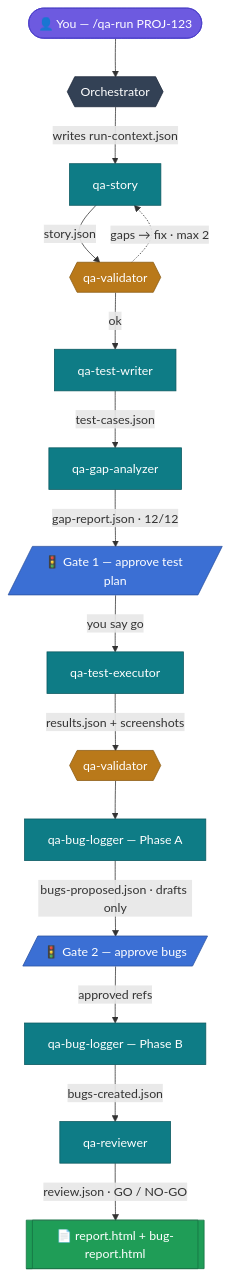
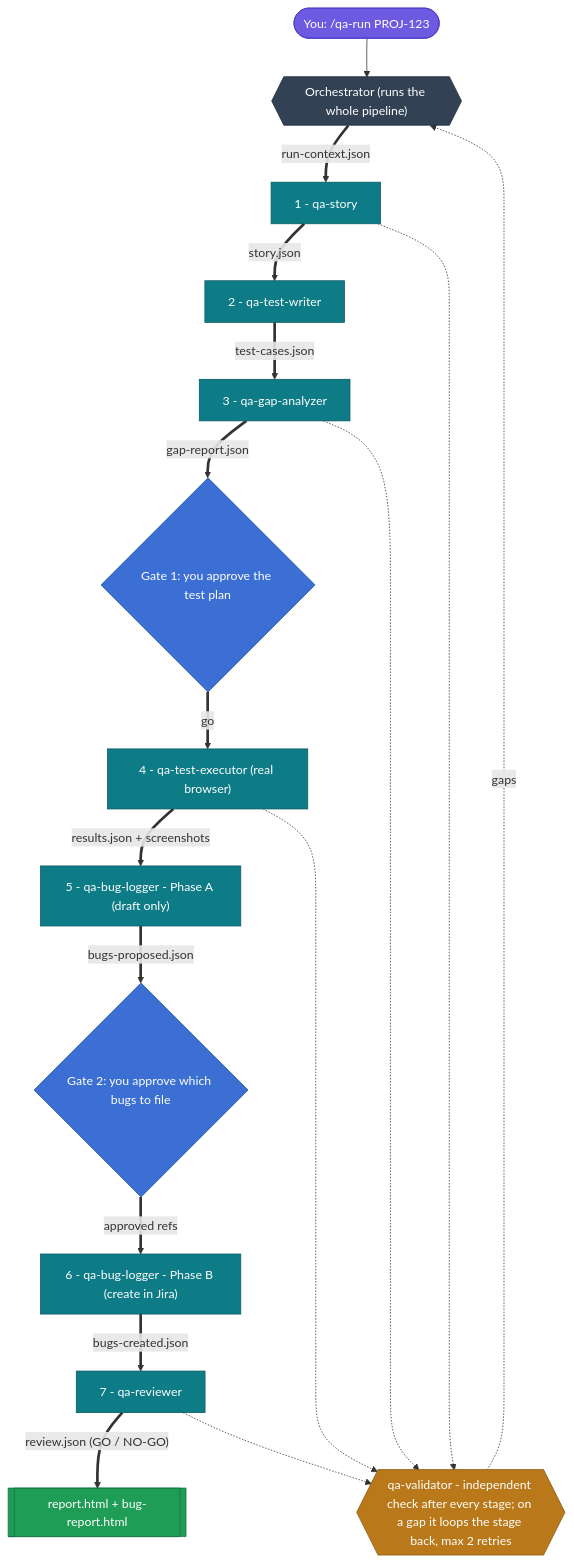
The diagram in README.md (UsamaArshadJadoon/ManualTestingAgent), drawn with Mermaid before and after one commit. The commit also changed other lines of this file, not shown here.

Commit message:
docs: clearer Mermaid workflow diagram + link to interactive animated diagram

````diff
--- a/README.md
+++ b/README.md
@@ -25,24 +27,29 @@
 ```mermaid
 flowchart TD
-    U([👤 You — /qa-run PROJ-123]):::you --> ORCH{{Orchestrator}}:::orch
-    ORCH -->|writes run-context.json| S1[qa-story]:::agent
-    S1 -->|story.json| V1{{qa-validator}}:::val
-    V1 -.->|gaps → fix · max 2| S1
-    V1 -->|ok| S2[qa-test-writer]:::agent
-    S2 -->|test-cases.json| S3[qa-gap-analyzer]:::agent
-    S3 -->|gap-report.json · 12/12| G1[/🚦 Gate 1 — approve test plan/]:::gate
-    G1 -->|you say go| S4[qa-test-executor]:::agent
-    S4 -->|results.json + screenshots| V2{{qa-validator}}:::val
-    V2 --> S5A[qa-bug-logger — Phase A]:::agent
-    S5A -->|bugs-proposed.json · drafts only| G2[/🚦 Gate 2 — approve bugs/]:::gate
-    G2 -->|approved refs| S5B[qa-bug-logger — Phase B]:::agent
-    S5B -->|bugs-created.json| S6[qa-reviewer]:::agent
-    S6 -->|review.json · GO / NO-GO| R[[📄 report.html + bug-report.html]]:::report
+    U(["You: /qa-run PROJ-123"]):::you
+    U --> ORCH{{"Orchestrator (runs the whole pipeline)"}}:::orch
+    ORCH == run-context.json ==> S1["1 - qa-story"]:::agent
+    S1 == story.json ==> S2["2 - qa-test-writer"]:::agent
+    S2 == test-cases.json ==> S3["3 - qa-gap-analyzer"]:::agent
+    S3 == gap-report.json ==> G1{"Gate 1: you approve the test plan"}:::gate
+    G1 == go ==> S4["4 - qa-test-executor (real browser)"]:::agent
+    S4 == "results.json + screenshots" ==> S5A["5 - qa-bug-logger - Phase A (draft only)"]:::agent
+    S5A == bugs-proposed.json ==> G2{"Gate 2: you approve which bugs to file"}:::gate
+    G2 == approved refs ==> S5B["6 - qa-bug-logger - Phase B (create in Jira)"]:::agent
+    S5B == bugs-created.json ==> S6["7 - qa-reviewer"]:::agent
+    S6 == "review.json (GO / NO-GO)" ==> R[["report.html + bug-report.html"]]:::report
+
+    VAL{{"qa-validator - independent check after every stage; on a gap it loops the stage back, max 2 retries"}}:::val
+    S1 -.-> VAL
+    S3 -.-> VAL
+    S4 -.-> VAL
+    S6 -.-> VAL
+    VAL -. gaps .-> ORCH
 
     classDef you fill:#6d5ae0,stroke:#4b3ec9,color:#fff;
     classDef orch fill:#334155,stroke:#1e293b,color:#fff;
     classDef agent fill:#0e7c86,stroke:#0a5960,color:#fff;
     classDef val fill:#b9791a,stroke:#8a5a12,color:#fff;
     classDef gate fill:#3b6fd4,stroke:#2a52a0,color:#fff;
     classDef report fill:#1f9d57,stroke:#167243,color:#fff;
 ```
````
